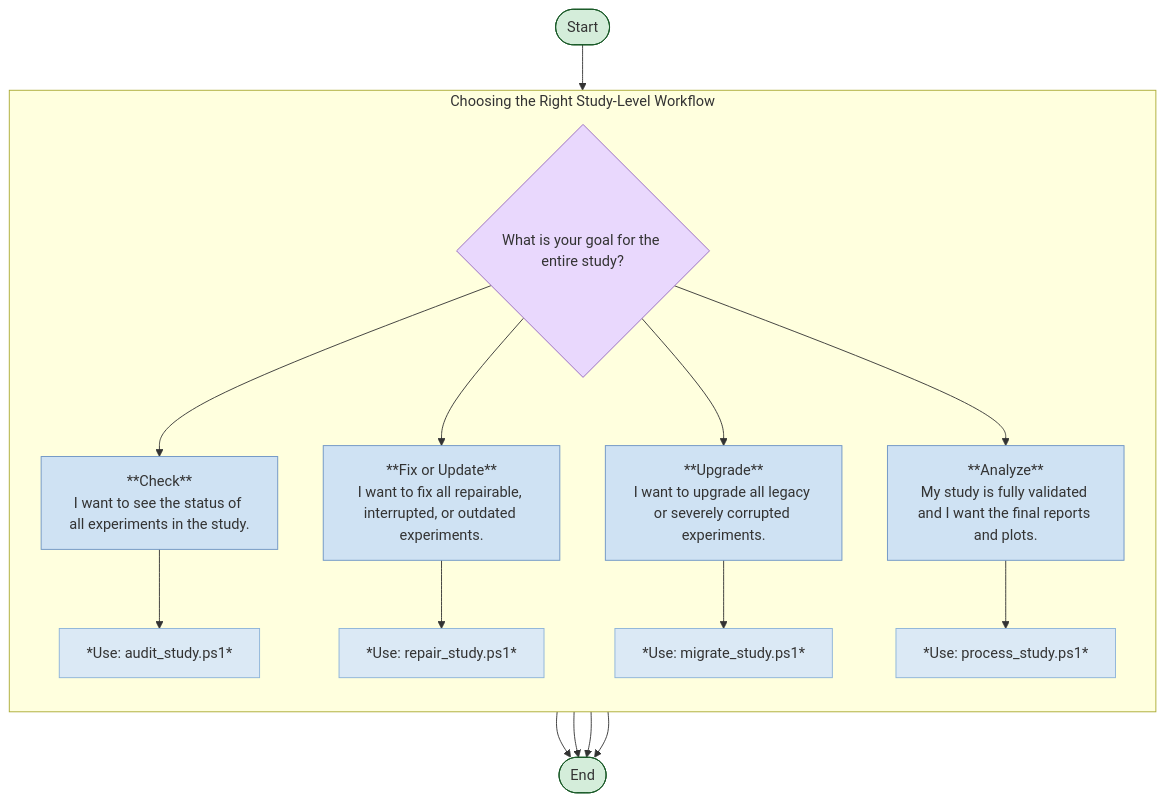
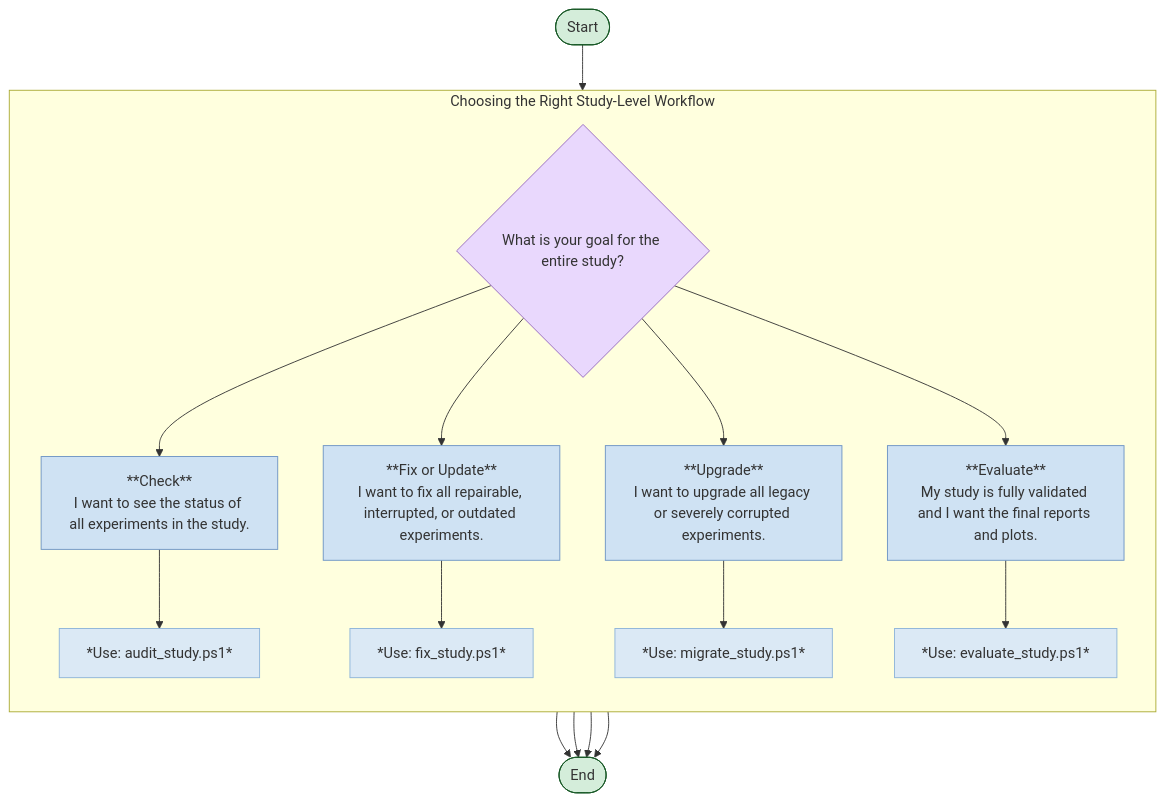
Before and after one commit to peterjmarko/llm-narrative-framework: the diagram in docs/diagrams/logic_workflow_chooser_study.mmd, drawn with Mermaid. The commit also changed 12 other files, not shown here.

```diff
--- a/docs/diagrams/logic_workflow_chooser_study.mmd
+++ b/docs/diagrams/logic_workflow_chooser_study.mmd
@@ -1,51 +1,51 @@
 graph TD
     %% --- Style Definitions (copy from single-experiment chooser for consistency) ---
     classDef start_end_node fill:#d4edda,stroke:#155724;
     classDef decision_node fill:#e9d8fd,stroke:#9467bd,color:#333;
     classDef case_node fill:#cfe2f3,stroke:#6c93c4,color:#333;
     classDef instruction_node fill:#dbe9f5,stroke:#8cb3d9,color:#333;
     
     %% === Nodes for Study-Level Decision Tree ===
     start_node(["Start"]):::start_end_node;
 
     subgraph "Choosing the Right Study-Level Workflow"
         direction TB
 
         main_decision{"What is your goal for the entire study?"}:::decision_node
 
         %% Branch 1: Check
         case_1["**Check**<br/>I want to see the status of all experiments in the study."]:::case_node
         instruction_1["*Use: audit_study.ps1*"]:::instruction_node
         
         %% Branch 2: Fix / Update
         case_2["**Fix or Update**<br/>I want to fix all repairable, interrupted, or outdated experiments."]:::case_node
-        instruction_2["*Use: repair_study.ps1*"]:::instruction_node
+        instruction_2["*Use: fix_study.ps1*"]:::instruction_node
 
         %% Branch 3: Upgrade
         case_3["**Upgrade**<br/>I want to upgrade all legacy or severely corrupted experiments."]:::case_node
         instruction_3["*Use: migrate_study.ps1*"]:::instruction_node
 
-        %% Branch 4: Analyze
-        case_4["**Analyze**<br/>My study is fully validated and I want the final reports and plots."]:::case_node
-        instruction_4["*Use: process_study.ps1*"]:::instruction_node
+        %% Branch 4: Evaluate
+        case_4["**Evaluate**<br/>My study is fully validated and I want the final reports and plots."]:::case_node
+        instruction_4["*Use: evaluate_study.ps1*"]:::instruction_node
     end
 
     end_node(["End"]):::start_end_node;
 
     %% === Connections ===
     start_node --> main_decision;
 
     main_decision --> case_1;
     main_decision --> case_2;
     main_decision --> case_3;
     main_decision --> case_4;
 
     case_1 --> instruction_1;
     case_2 --> instruction_2;
     case_3 --> instruction_3;
     case_4 --> instruction_4;
     
     instruction_1 --> end_node;
     instruction_2 --> end_node;
     instruction_3 --> end_node;
     instruction_4 --> end_node;
```
